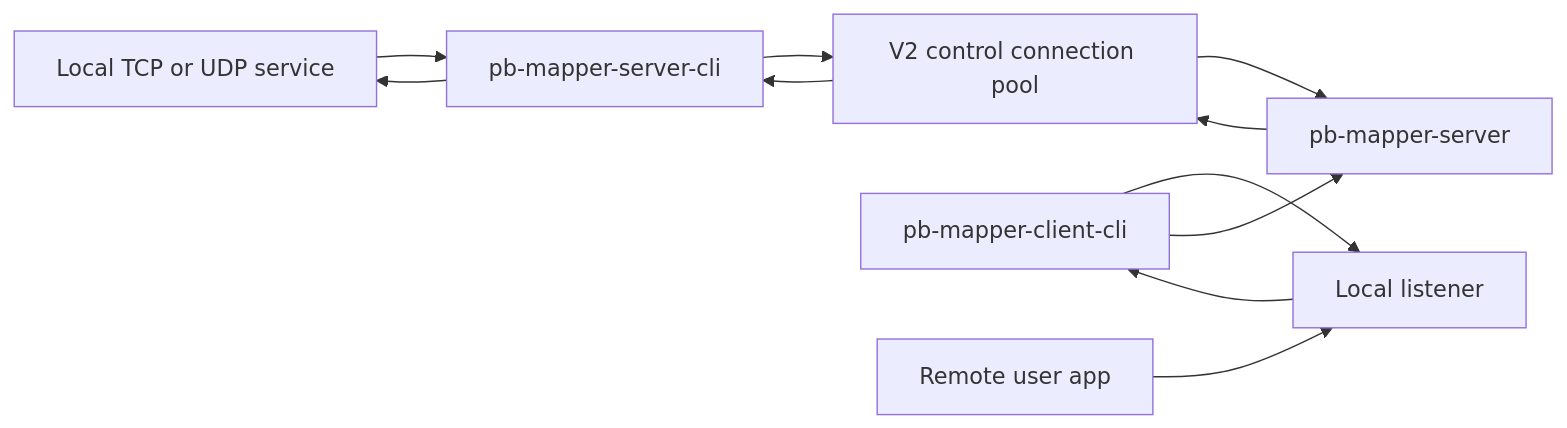
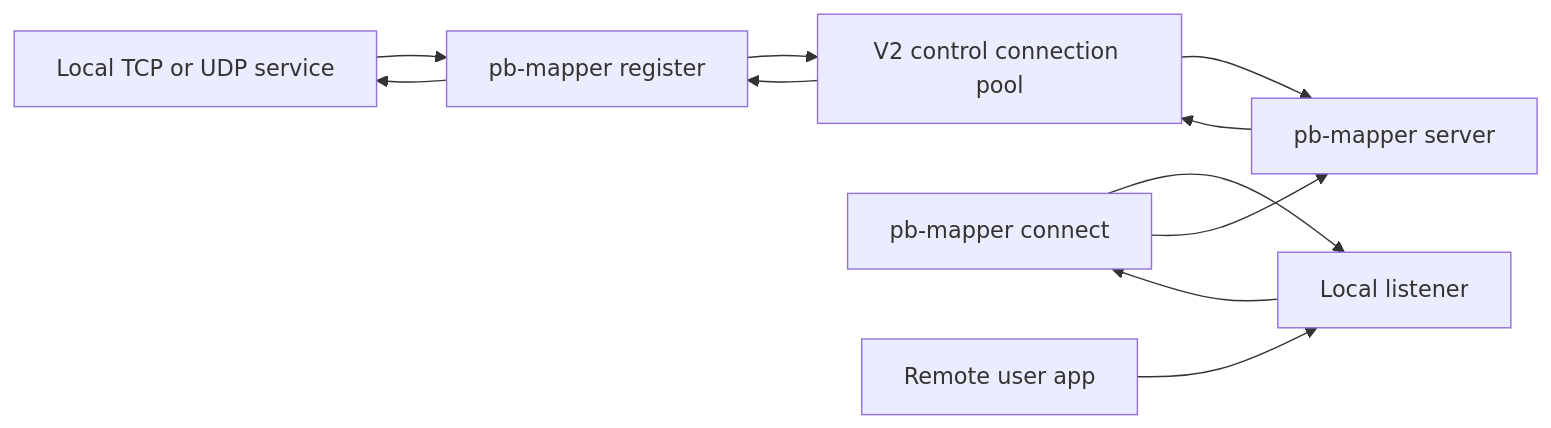
The first of 2 diagrams in docs/user-guide.md (acking-you/pb-mapper), drawn with Mermaid before and after one commit. The commit also changed other lines of this file and 52 other files, not shown here.

Commit message:
Unify pb-mapper CLI and release tooling

````diff
--- a/docs/user-guide.md
+++ b/docs/user-guide.md
@@ -11,13 +11,13 @@
 ```mermaid
 flowchart LR
-    A["Local TCP or UDP service"] --> B["pb-mapper-server-cli"]
+    A["Local TCP or UDP service"] --> B["pb-mapper register"]
     B --> C["V2 control connection pool"]
-    C --> D["pb-mapper-server"]
-    E["pb-mapper-client-cli"] --> F["Local listener"]
+    C --> D["pb-mapper server"]
+    E["pb-mapper connect"] --> F["Local listener"]
     G["Remote user app"] --> F
     F --> E
     E --> D
     D --> C
     C --> B
     B --> A
 ```
````
